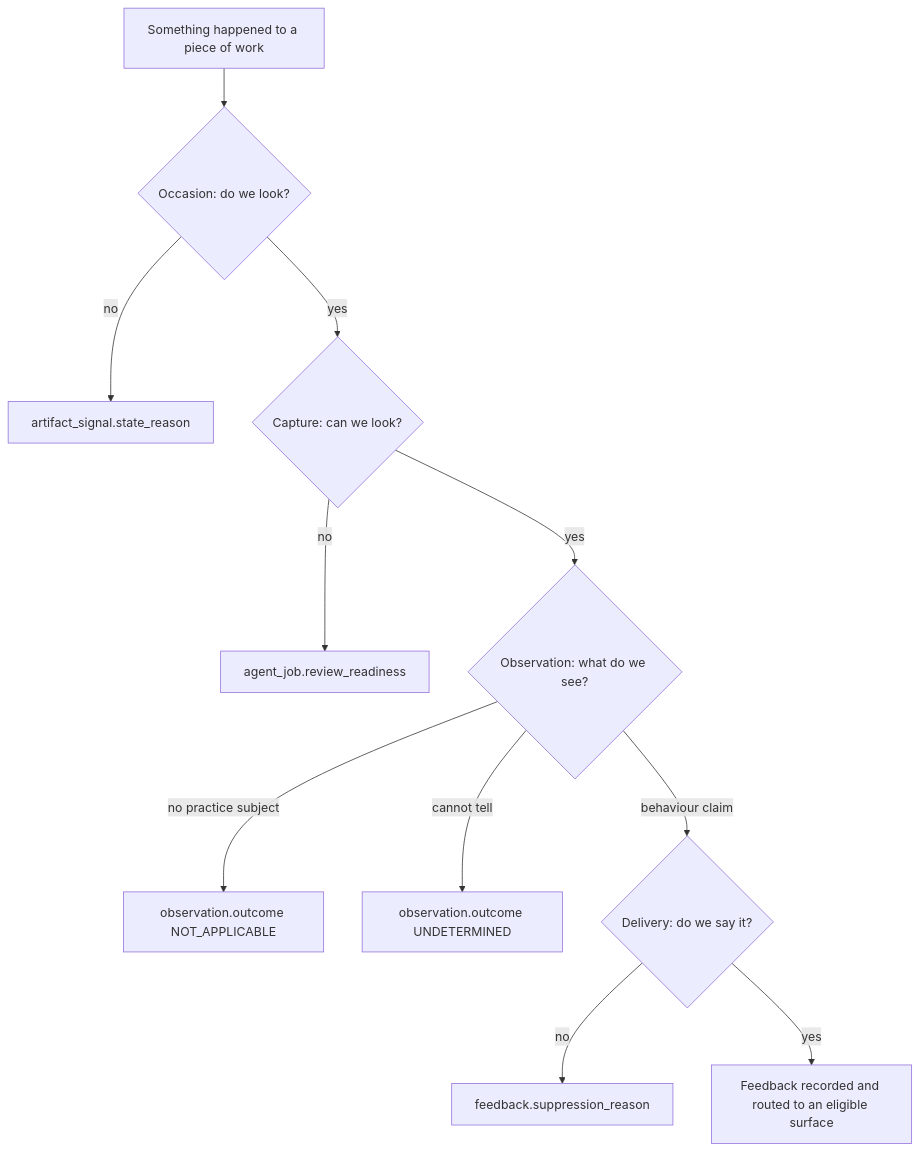
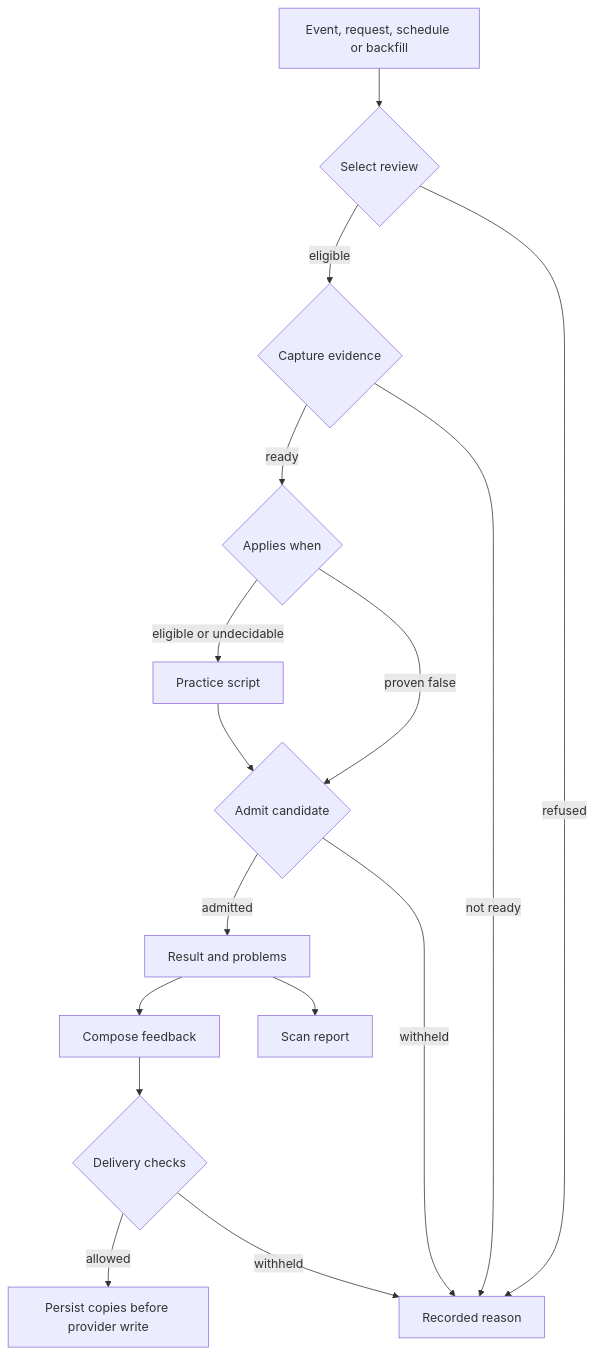
One commit to ls1intum/Hephaestus changed the diagram in docs/contributor/practice-review-pipeline.mdx. Above: the diagram before and after it, drawn with Mermaid. The commit also changed other lines of this file and 5093 other files, not shown here.

Commit message:
refactor: cut practice review over to the 1.0 model (#2656)

````diff
--- a/docs/contributor/practice-review-pipeline.mdx
+++ b/docs/contributor/practice-review-pipeline.mdx
@@ -12,15 +15,20 @@
 ```mermaid
-flowchart TB
-    accTitle: Practice review stages and their distinct exits
-    accDescr: Work passes through occasion, evidence capture, observation, and delivery. Each stage records a different result when processing stops.
-    Work[Something happened to a piece of work] --> Occasion{Occasion: do we look?}
-    Occasion -->|no| Refused[artifact_signal.state_reason]
-    Occasion -->|yes| Capture{Capture: can we look?}
-    Capture -->|no| Unready[agent_job.review_readiness]
-    Capture -->|yes| Observe{Observation: what do we see?}
-    Observe -->|no practice subject| NotApplicable[observation.outcome NOT_APPLICABLE]
-    Observe -->|cannot tell| Undetermined[observation.outcome UNDETERMINED]
-    Observe -->|behaviour claim| Deliver{Delivery: do we say it?}
-    Deliver -->|no| Quiet[feedback.suppression_reason]
-    Deliver -->|yes| Said[Feedback recorded and routed to an eligible surface]
+flowchart TD
+  accTitle: Practice review and feedback
+  accDescr: Selection and capture permit result admission. Admitted results can support feedback or a scan report.
+  E[Event, request, schedule or backfill] --> S{Select review}
+  S -->|eligible| C{Capture evidence}
+  S -->|refused| W[Recorded reason]
+  C -->|ready| Q{Applies when}
+  Q -->|eligible or undecidable| P[Practice script]
+  Q -->|proven false| A
+  C -->|not ready| W
+  P --> A{Admit candidate}
+  A -->|withheld| W
+  A -->|admitted| R[Result and problems]
+  R --> F[Compose feedback]
+  F --> D{Delivery checks}
+  D -->|allowed| CP[Persist copies before provider write]
+  D -->|withheld| W
+  R --> SR[Scan report]
 ```
````
